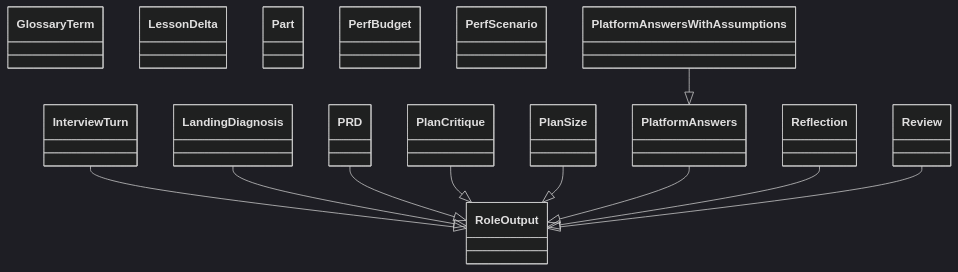
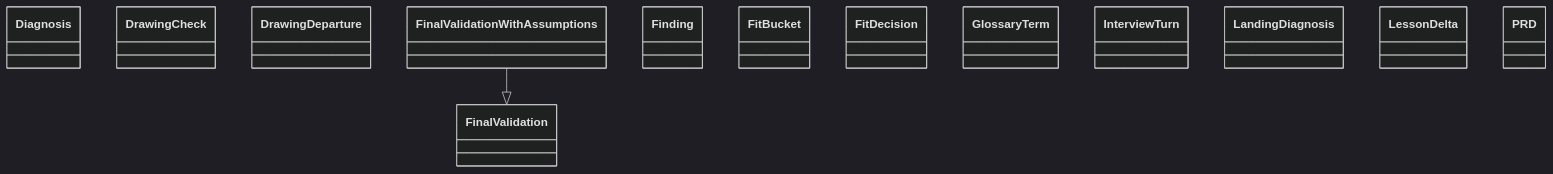
The diagram in docs/architecture/generated/classes-process-domain-roles-3.md (GonzaloZevallos/agentic-system), drawn with Mermaid (dark theme) before and after one commit. The commit also changed other lines of this file and 46 other files, not shown here.

````diff
--- a/docs/architecture/generated/classes-process-domain-roles-3.md
+++ b/docs/architecture/generated/classes-process-domain-roles-3.md
@@ -28,27 +29,17 @@
 ```mermaid
 classDiagram
+    class schemas__Diagnosis["Diagnosis"]
+    class schemas__DrawingCheck["DrawingCheck"]
+    class schemas__DrawingDeparture["DrawingDeparture"]
+    class schemas__FinalValidation["FinalValidation"]
+    class schemas__FinalValidationWithAssumptions["FinalValidationWithAssumptions"]
+    class schemas__Finding["Finding"]
+    class schemas__FitBucket["FitBucket"]
+    class schemas__FitDecision["FitDecision"]
     class schemas__GlossaryTerm["GlossaryTerm"]
     class schemas__InterviewTurn["InterviewTurn"]
     class schemas__LandingDiagnosis["LandingDiagnosis"]
     class schemas__LessonDelta["LessonDelta"]
     class schemas__PRD["PRD"]
-    class schemas__Part["Part"]
-    class schemas__PerfBudget["PerfBudget"]
-    class schemas__PerfScenario["PerfScenario"]
-    class schemas__PlanCritique["PlanCritique"]
-    class schemas__PlanSize["PlanSize"]
-    class schemas__PlatformAnswers["PlatformAnswers"]
-    class schemas__PlatformAnswersWithAssumptions["PlatformAnswersWithAssumptions"]
-    class schemas__Reflection["Reflection"]
-    class schemas__Review["Review"]
-    class schemas__RoleOutput["RoleOutput"]
-    schemas__InterviewTurn --|> schemas__RoleOutput
-    schemas__LandingDiagnosis --|> schemas__RoleOutput
-    schemas__PRD --|> schemas__RoleOutput
-    schemas__PlanCritique --|> schemas__RoleOutput
-    schemas__PlanSize --|> schemas__RoleOutput
-    schemas__PlatformAnswers --|> schemas__RoleOutput
-    schemas__PlatformAnswersWithAssumptions --|> schemas__PlatformAnswers
-    schemas__Reflection --|> schemas__RoleOutput
-    schemas__Review --|> schemas__RoleOutput
+    schemas__FinalValidationWithAssumptions --|> schemas__FinalValidation
 ```
````
